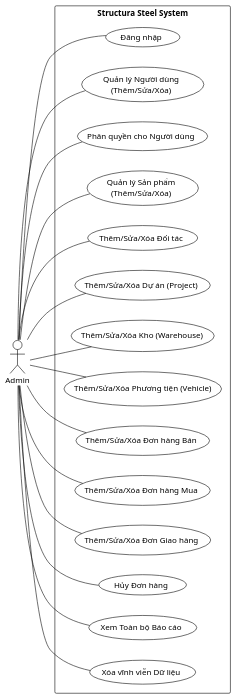
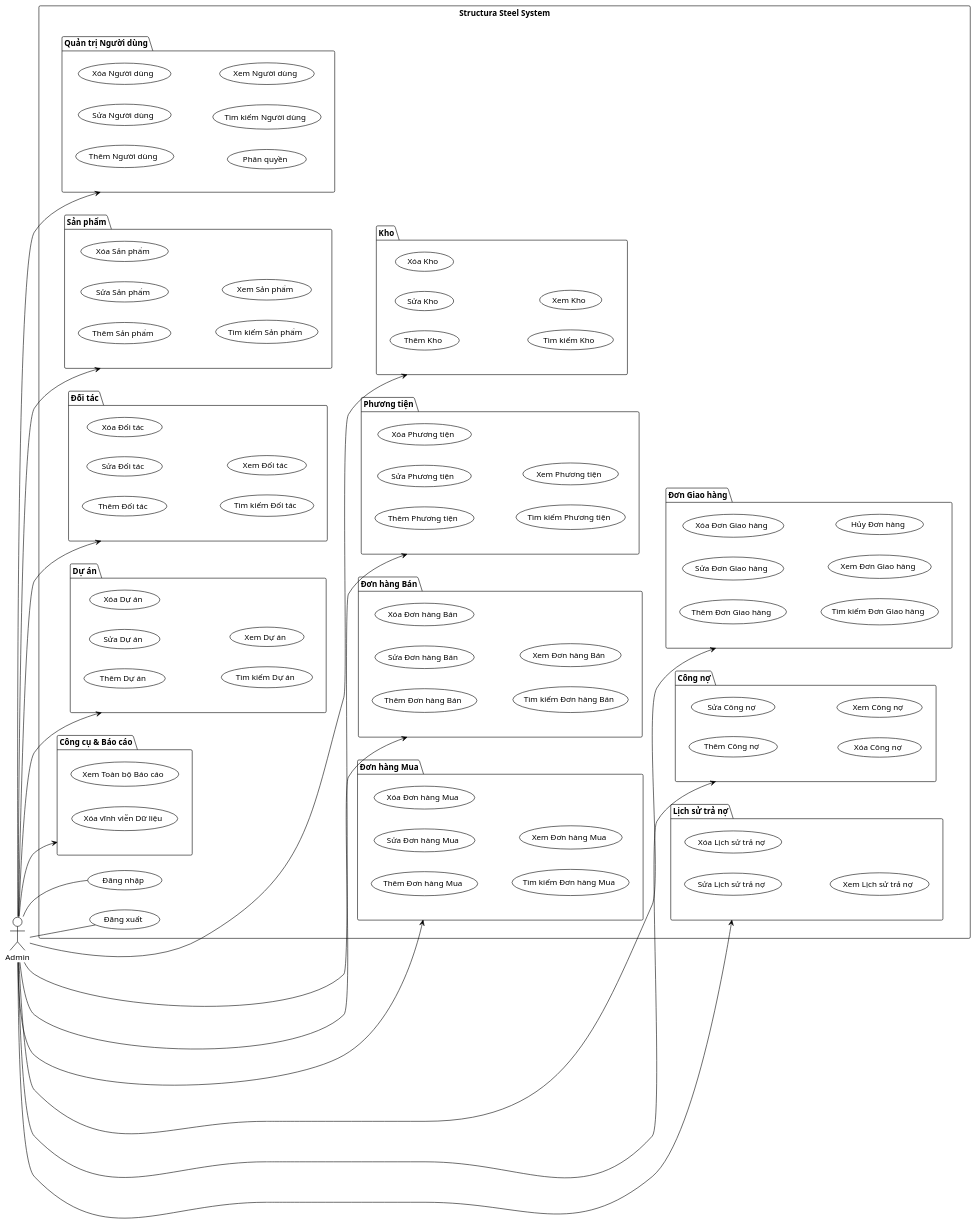
One commit to AndrewNguyen-05/structura-uml changed the diagram in Chapter 5/Usecase/Usecase_Admin.puml. Above: the diagram before and after it, drawn with PlantUML. The commit also changed 7 other files, not shown here.

```diff
--- a/Chapter 5/Usecase/Usecase_Admin.puml
+++ b/Chapter 5/Usecase/Usecase_Admin.puml
@@ -1,53 +1,120 @@
 @startuml Usecase_Admin
 !theme plain
 
 left to right direction
 actor Admin
 
 rectangle "Structura Steel System" {
-            
-     usecase "Đăng nhập" as UC_Login
 
-    ' --- Quản trị người dùng và phân quyền ---
-    usecase "Quản lý Người dùng\n(Thêm/Sửa/Xóa)" as UC_ManageUsers
-    usecase "Phân quyền cho Người dùng" as UC_AssignRoles
+  usecase "Đăng nhập" as UC_Login
+  usecase "Đăng xuất" as UC_Logout
 
-    ' --- Quản lý sản phẩm ---
-    usecase "Quản lý Sản phẩm\n(Thêm/Sửa/Xóa)" as UC_ManageProducts
+  package "Quản trị Người dùng" {
+    usecase "Thêm Người dùng" as UC_AddUser
+    usecase "Sửa Người dùng" as UC_EditUser
+    usecase "Xóa Người dùng" as UC_DeleteUser
+    usecase "Phân quyền" as UC_AssignRoles
+    usecase "Tìm kiếm Người dùng" as UC_SearchUser
+    usecase "Xem Người dùng" as UC_ViewUser
+  }
 
-    ' --- Quản lý Đối tác (Partner) & các thực thể con ---
-    usecase "Thêm/Sửa/Xóa Đối tác" as UC_CRUDPartner
-    usecase "Thêm/Sửa/Xóa Dự án (Project)" as UC_CRUDProject
-    usecase "Thêm/Sửa/Xóa Kho (Warehouse)" as UC_CRUDWarehouse
-    usecase "Thêm/Sửa/Xóa Phương tiện (Vehicle)" as UC_CRUDVehicle
+  package "Sản phẩm" {
+    usecase "Thêm Sản phẩm" as UC_AddProduct
+    usecase "Sửa Sản phẩm" as UC_EditProduct
+    usecase "Xóa Sản phẩm" as UC_DeleteProduct
+    usecase "Tìm kiếm Sản phẩm" as UC_SearchProduct
+    usecase "Xem Sản phẩm" as UC_ViewProduct
+  }
 
-    ' --- Quản lý Đơn hàng ---
-    usecase "Thêm/Sửa/Xóa Đơn hàng Bán" as UC_CRUDSale
-    usecase "Thêm/Sửa/Xóa Đơn hàng Mua" as UC_CRUDPurchase
-    usecase "Thêm/Sửa/Xóa Đơn Giao hàng" as UC_CRUDDelivery
+  package "Đối tác" {
+    usecase "Thêm Đối tác" as UC_AddPartner
+    usecase "Sửa Đối tác" as UC_EditPartner
+    usecase "Xóa Đối tác" as UC_DeletePartner
+    usecase "Tìm kiếm Đối tác" as UC_SearchPartner
+    usecase "Xem Đối tác" as UC_ViewPartner
+  }
+
+  package "Dự án" {
+    usecase "Thêm Dự án" as UC_AddProject
+    usecase "Sửa Dự án" as UC_EditProject
+    usecase "Xóa Dự án" as UC_DeleteProject
+    usecase "Tìm kiếm Dự án" as UC_SearchProject
+    usecase "Xem Dự án" as UC_ViewProject
+  }
+
+  package "Kho" {
+    usecase "Thêm Kho" as UC_AddWarehouse
+    usecase "Sửa Kho" as UC_EditWarehouse
+    usecase "Xóa Kho" as UC_DeleteWarehouse
+    usecase "Tìm kiếm Kho" as UC_SearchWarehouse
+    usecase "Xem Kho" as UC_ViewWarehouse
+  }
+
+  package "Phương tiện" {
+    usecase "Thêm Phương tiện" as UC_AddVehicle
+    usecase "Sửa Phương tiện" as UC_EditVehicle
+    usecase "Xóa Phương tiện" as UC_DeleteVehicle
+    usecase "Tìm kiếm Phương tiện" as UC_SearchVehicle
+    usecase "Xem Phương tiện" as UC_ViewVehicle
+  }
+
+  package "Đơn hàng Bán" {
+    usecase "Thêm Đơn hàng Bán" as UC_AddSale
+    usecase "Sửa Đơn hàng Bán" as UC_EditSale
+    usecase "Xóa Đơn hàng Bán" as UC_DeleteSale
+    usecase "Tìm kiếm Đơn hàng Bán" as UC_SearchSale
+    usecase "Xem Đơn hàng Bán" as UC_ViewSale
+  }
+
+  package "Đơn hàng Mua" {
+    usecase "Thêm Đơn hàng Mua" as UC_AddPurchase
+    usecase "Sửa Đơn hàng Mua" as UC_EditPurchase
+    usecase "Xóa Đơn hàng Mua" as UC_DeletePurchase
+    usecase "Tìm kiếm Đơn hàng Mua" as UC_SearchPurchase
+    usecase "Xem Đơn hàng Mua" as UC_ViewPurchase
+  }
+
+  package "Đơn Giao hàng" {
+    usecase "Thêm Đơn Giao hàng" as UC_AddDelivery
+    usecase "Sửa Đơn Giao hàng" as UC_EditDelivery
+    usecase "Xóa Đơn Giao hàng" as UC_DeleteDelivery
+    usecase "Tìm kiếm Đơn Giao hàng" as UC_SearchDelivery
+    usecase "Xem Đơn Giao hàng" as UC_ViewDelivery
     usecase "Hủy Đơn hàng" as UC_CancelOrders
+  }
 
-    ' --- Công cụ và Quản trị ---
+  package "Công nợ" {
+    usecase "Thêm Công nợ" as UC_AddDebt
+    usecase "Sửa Công nợ" as UC_EditDebt
+    usecase "Xóa Công nợ" as UC_DeleteDebt
+    usecase "Xem Công nợ" as UC_ViewDebt
+  }
+
+  package "Lịch sử trả nợ" {
+    usecase "Sửa Lịch sử trả nợ" as UC_EditDebtHistory
+    usecase "Xóa Lịch sử trả nợ" as UC_DeleteDebtHistory
+    usecase "Xem Lịch sử trả nợ" as UC_ViewDebtHistory
+  }
+
+  package "Công cụ & Báo cáo" {
     usecase "Xem Toàn bộ Báo cáo" as UC_ViewAllReports
     usecase "Xóa vĩnh viễn Dữ liệu" as UC_HardDelete
+  }
 }
 
-' --- Kết nối giữa Admin và các use case ---
+' Kết nối rút gọn tới các nhóm chức năng
+Admin -down-> (Quản trị Người dùng)
+Admin -down-> (Sản phẩm)
+Admin -down-> (Đối tác)
+Admin -down-> (Dự án)
+Admin -down-> (Kho)
+Admin -down-> (Phương tiện)
+Admin -down-> (Đơn hàng Bán)
+Admin -down-> (Đơn hàng Mua)
+Admin -down-> (Đơn Giao hàng)
+Admin -down-> (Công nợ)
+Admin -down-> (Lịch sử trả nợ)
+Admin -down-> (Công cụ & Báo cáo)
 Admin -- UC_Login
-Admin -- UC_ManageUsers
-Admin -- UC_AssignRoles
-Admin -- UC_ManageProducts
-
-Admin -- UC_CRUDPartner
-Admin -- UC_CRUDProject
-Admin -- UC_CRUDWarehouse
-Admin -- UC_CRUDVehicle
-
-Admin -- UC_CRUDSale
-Admin -- UC_CRUDPurchase
-Admin -- UC_CRUDDelivery
-Admin -- UC_CancelOrders
-
-Admin -- UC_HardDelete
-Admin -- UC_ViewAllReports
+Admin -- UC_Logout
 @enduml
```
